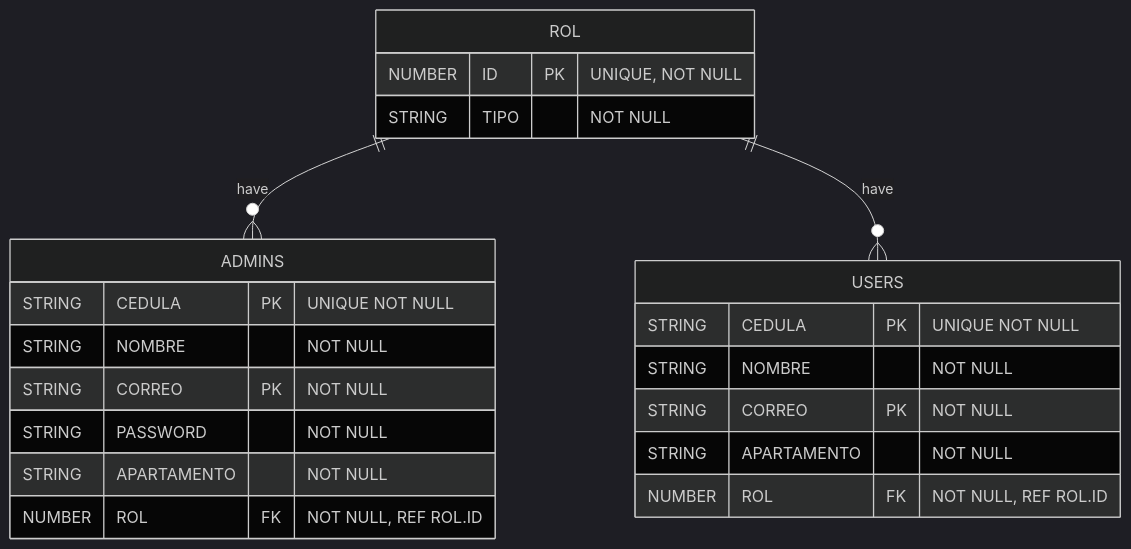
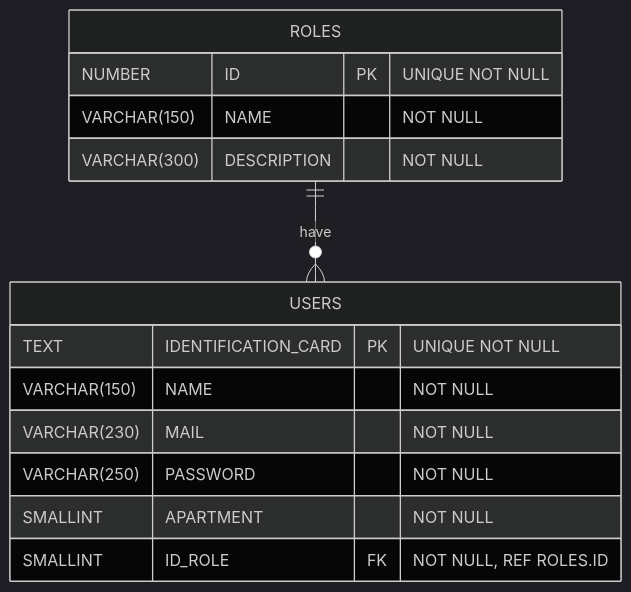
Before and after one commit to SilviaPabon/bac-backend: the diagram in .github/docs/database.md, drawn with Mermaid (dark theme). The commit also changed 1 other file, not shown here.

Commit message:
:ambulance: Some fixes and removes in db types and docs aswell
Some db types are changed and admins table was removed, docs were updated

````diff
--- a/.github/docs/database.md
+++ b/.github/docs/database.md
@@ -3,27 +3,19 @@
 ```mermaid
 erDiagram
-    ROL ||--o{ ADMINS: have
-    ROL ||--o{ USERS: have
-    ADMINS {
-        STRING CEDULA PK "UNIQUE NOT NULL"
-        STRING NOMBRE "NOT NULL"
-        STRING CORREO PK "NOT NULL"
-        STRING PASSWORD "NOT NULL"
-        STRING APARTAMENTO "NOT NULL"
-        NUMBER ROL FK "NOT NULL, REF ROL.ID"
+    ROLES ||--o{ USERS: have
+    USERS {
+        TEXT IDENTIFICATION_CARD PK "UNIQUE NOT NULL"
+        VARCHAR(150) NAME "NOT NULL"
+        VARCHAR(230) MAIL "NOT NULL"
+        VARCHAR(250) PASSWORD "NOT NULL"
+        SMALLINT APARTMENT "NOT NULL"
+        SMALLINT ID_ROLE FK "NOT NULL, REF ROLES.ID"
     }
 
-    USERS {
-        STRING CEDULA PK "UNIQUE NOT NULL"
-        STRING NOMBRE "NOT NULL"
-        STRING CORREO PK "NOT NULL"
-        STRING APARTAMENTO "NOT NULL"
-        NUMBER ROL FK "NOT NULL, REF ROL.ID"
-    }
-
-    ROL {
-        NUMBER ID PK "UNIQUE, NOT NULL"
-        STRING TIPO "NOT NULL"
+    ROLES {
+        NUMBER ID PK "UNIQUE NOT NULL"
+        VARCHAR(150) NAME "NOT NULL"
+        VARCHAR(300) DESCRIPTION "NOT NULL"
     }
 
 ```
````
